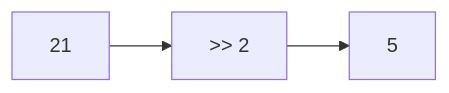
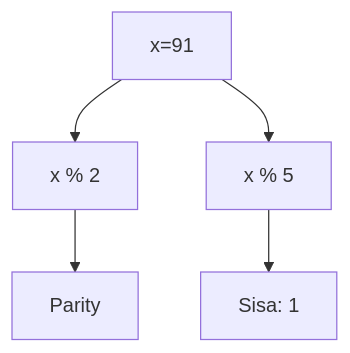
Before and after one commit to amnahwaida/OSNK_INF_PREP: diagram 12 of 25 in part-c-pemahaman-cpp/06-bitwise/latihan/set-06.md, drawn with Mermaid. The commit also changed other lines of this file and 71 other files, not shown here.

````diff
--- a/part-c-pemahaman-cpp/06-bitwise/latihan/set-06.md
+++ b/part-c-pemahaman-cpp/06-bitwise/latihan/set-06.md
@@ -267,5 +356,7 @@
 ```mermaid
-graph LR
-    A[21] --> B[">> 2"]
-    B --> C[5]
+graph TD
+A[x=91] --> B[x % 2]
+B --> C[Parity]
+A --> D[x % 5]
+D --> E[Sisa: 1]
 ```
````
